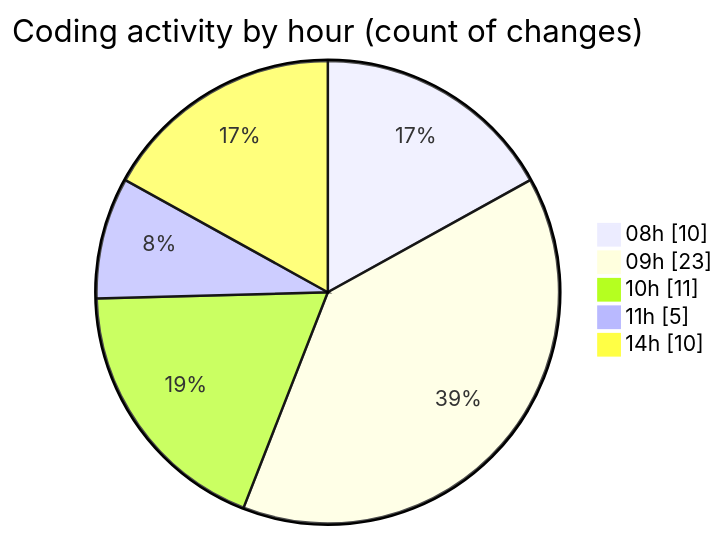
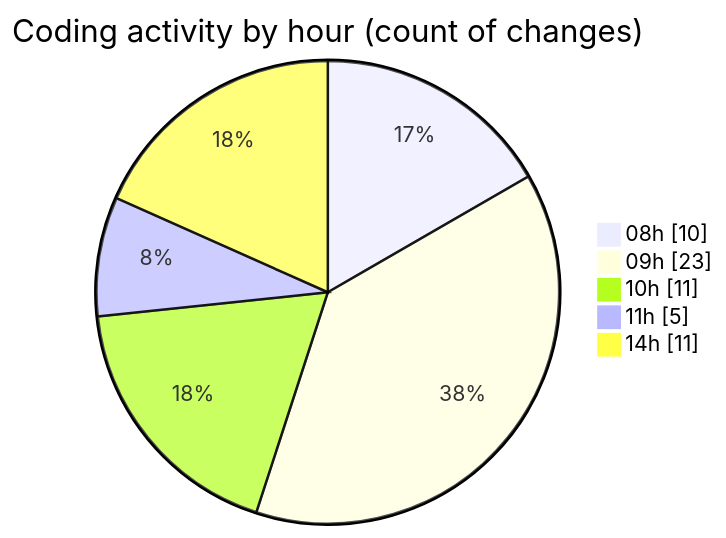
The second of 2 diagrams in 2025-01-07/nueva_carpeta/README.md (LanceThiago/code-tracking), drawn with Mermaid before and after one commit. The commit also changed other lines of this file and 1 other file, not shown here.

````diff
--- a/2025-01-07/nueva_carpeta/README.md
+++ b/2025-01-07/nueva_carpeta/README.md
@@ -28,9 +28,9 @@
 ```mermaid
 pie showData
 title Coding activity by hour (count of changes)
 "08h" : 10
 "09h" : 23
 "10h" : 11
 "11h" : 5
-"14h" : 10
+"14h" : 11
 ```
````
